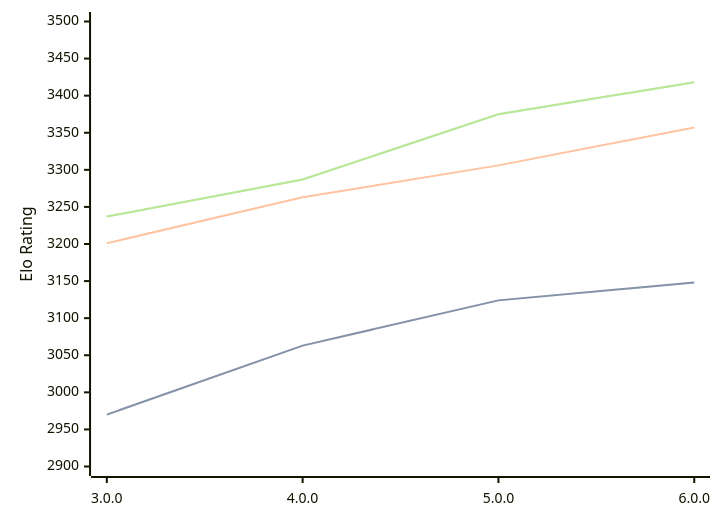
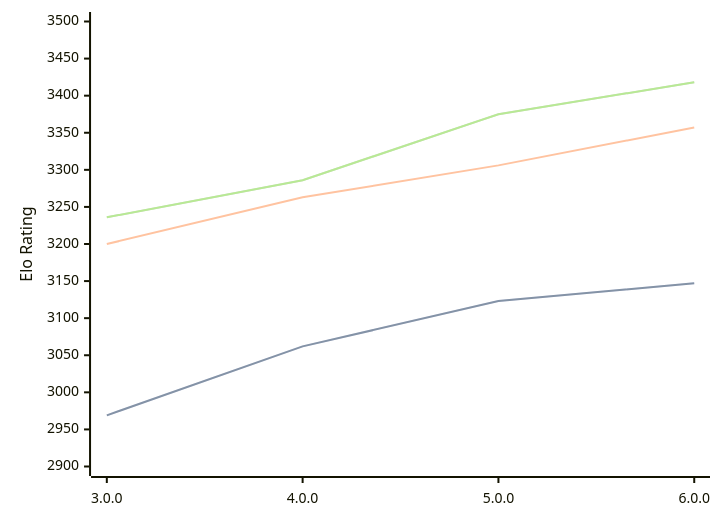
One commit to computer-chess-index/cci changed the third of 3 diagrams in engines/Minke.md. Above: the diagram before and after it, drawn with Mermaid. The commit also changed other lines of this file, not shown here.

Commit message:
Update CCI Ratings (ELO VLTC) - 2026-07-15

````diff
--- a/engines/Minke.md
+++ b/engines/Minke.md
@@ -69,11 +69,11 @@
 ```mermaid
 %%{init: {"theme":"base","themeVariables":{"seriesColors:['#a3a3a3','#222221','#faa371']}}}%%
 xychart-beta
   x-axis ["3.0.0", "4.0.0", "5.0.0", "6.0.0"]
   y-axis "Elo Rating" 2900 --> 3500
-  line "STC (8.0+0.08s)" [2970, 3063, 3124, 3148]
-  line "STC (8.0+0.08s)" [2970, 3063, 3124, 3148]
-  line "LTC (60.0+0.60s)" [3201, 3263, 3306, 3357]
-  line "VLTC (2m24s+1.12s)" [3237, 3287, 3375, 3418]
-  line "VLTC (2m24s+1.12s)" [3237, 3287, 3375, 3418]
+  line "STC (8.0+0.08s)" [2969, 3062, 3123, 3147]
+  line "STC (8.0+0.08s)" [2969, 3062, 3123, 3147]
+  line "LTC (60.0+0.60s)" [3200, 3263, 3306, 3357]
+  line "VLTC (2m24s+1.12s)" [3236, 3286, 3375, 3418]
+  line "VLTC (2m24s+1.12s)" [3236, 3286, 3375, 3418]
 ```
````
